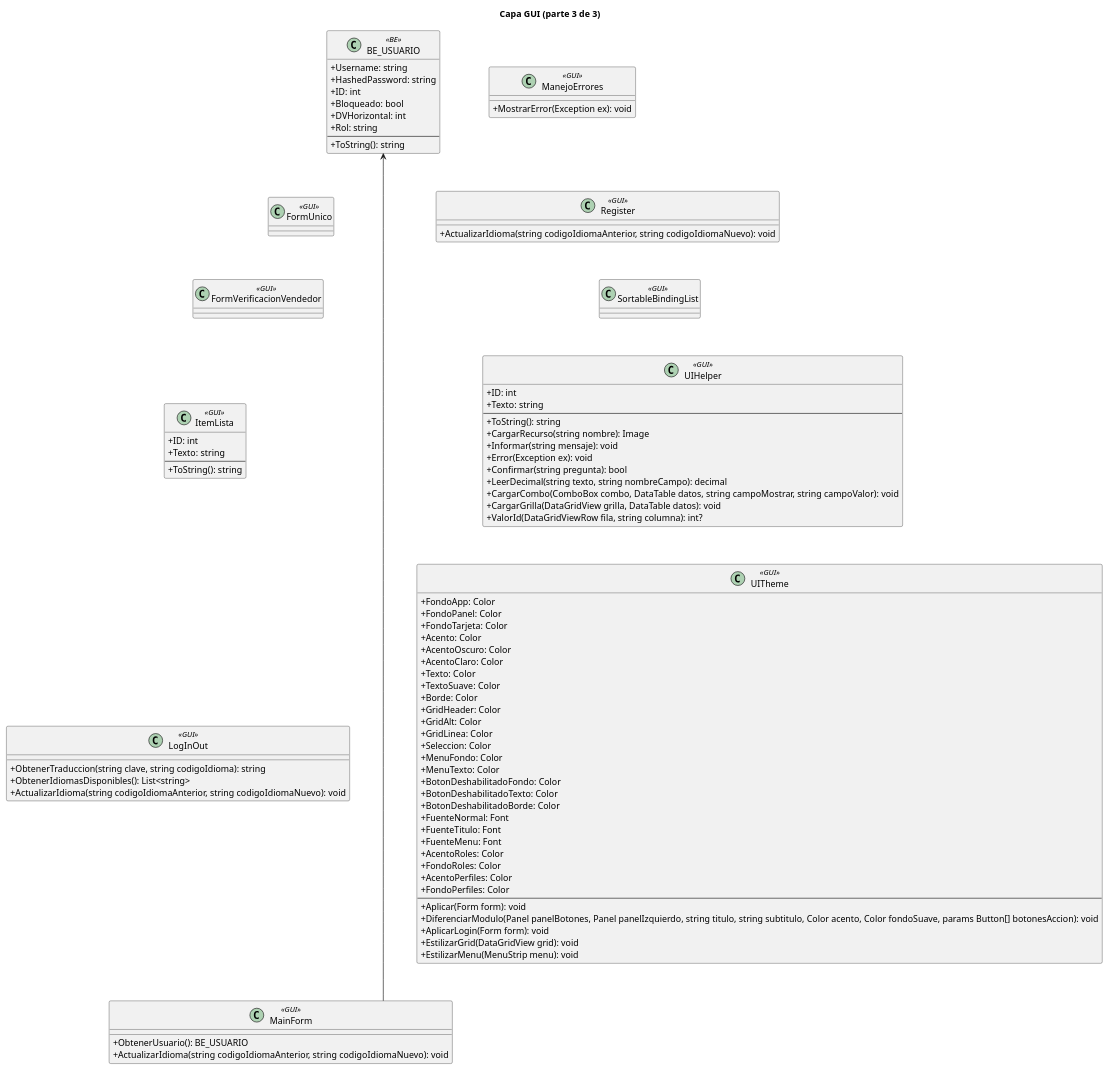
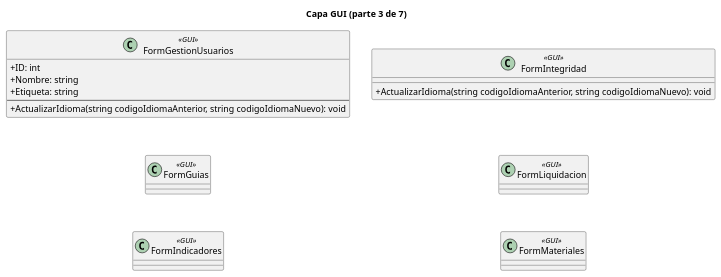
Before and after one commit to L-Muniz/uai-diploma_2026: the diagram in docs/diagramas/uml/capas__GUI_clases_3.puml, drawn with PlantUML. The commit also changed 50 other files, not shown here.

Commit message:
Docs: diagramas de clases por capa en partes de 6 clases, para que se lean en la hoja

```diff
--- a/docs/diagramas/uml/capas__GUI_clases_3.puml
+++ b/docs/diagramas/uml/capas__GUI_clases_3.puml
@@ -1,100 +1,28 @@
 @startuml
 skinparam classAttributeIconSize 0
 skinparam linetype ortho
-title Capa GUI (parte 3 de 3)
-class "BE_USUARIO" as BE_USUARIO <<BE>> {
-  +Username: string
-  +HashedPassword: string
+title Capa GUI (parte 3 de 7)
+class "FormGestionUsuarios" as FormGestionUsuarios <<GUI>> {
   +ID: int
-  +Bloqueado: bool
-  +DVHorizontal: int
-  +Rol: string
+  +Nombre: string
+  +Etiqueta: string
   --
-  +ToString(): string
-}
-class "FormUnico" as FormUnico <<GUI>> {
-}
-class "FormVerificacionVendedor" as FormVerificacionVendedor <<GUI>> {
-}
-class "ItemLista" as ItemLista <<GUI>> {
-  +ID: int
-  +Texto: string
-  --
-  +ToString(): string
-}
-class "LogInOut" as LogInOut <<GUI>> {
-  +ObtenerTraduccion(string clave, string codigoIdioma): string
-  +ObtenerIdiomasDisponibles(): List<string>
   +ActualizarIdioma(string codigoIdiomaAnterior, string codigoIdiomaNuevo): void
 }
-class "MainForm" as MainForm <<GUI>> {
-  +ObtenerUsuario(): BE_USUARIO
+class "FormGuias" as FormGuias <<GUI>> {
+}
+class "FormIndicadores" as FormIndicadores <<GUI>> {
+}
+class "FormIntegridad" as FormIntegridad <<GUI>> {
   +ActualizarIdioma(string codigoIdiomaAnterior, string codigoIdiomaNuevo): void
 }
-class "ManejoErrores" as ManejoErrores <<GUI>> {
-  +MostrarError(Exception ex): void
+class "FormLiquidacion" as FormLiquidacion <<GUI>> {
 }
-class "Register" as Register <<GUI>> {
-  +ActualizarIdioma(string codigoIdiomaAnterior, string codigoIdiomaNuevo): void
+class "FormMateriales" as FormMateriales <<GUI>> {
 }
-class "SortableBindingList" as SortableBindingList <<GUI>> {
-}
-class "UIHelper" as UIHelper <<GUI>> {
-  +ID: int
-  +Texto: string
-  --
-  +ToString(): string
-  +CargarRecurso(string nombre): Image
-  +Informar(string mensaje): void
-  +Error(Exception ex): void
-  +Confirmar(string pregunta): bool
-  +LeerDecimal(string texto, string nombreCampo): decimal
-  +CargarCombo(ComboBox combo, DataTable datos, string campoMostrar, string campoValor): void
-  +CargarGrilla(DataGridView grilla, DataTable datos): void
-  +ValorId(DataGridViewRow fila, string columna): int?
-}
-class "UITheme" as UITheme <<GUI>> {
-  +FondoApp: Color
-  +FondoPanel: Color
-  +FondoTarjeta: Color
-  +Acento: Color
-  +AcentoOscuro: Color
-  +AcentoClaro: Color
-  +Texto: Color
-  +TextoSuave: Color
-  +Borde: Color
-  +GridHeader: Color
-  +GridAlt: Color
-  +GridLinea: Color
-  +Seleccion: Color
-  +MenuFondo: Color
-  +MenuTexto: Color
-  +BotonDeshabilitadoFondo: Color
-  +BotonDeshabilitadoTexto: Color
-  +BotonDeshabilitadoBorde: Color
-  +FuenteNormal: Font
-  +FuenteTitulo: Font
-  +FuenteMenu: Font
-  +AcentoRoles: Color
-  +FondoRoles: Color
-  +AcentoPerfiles: Color
-  +FondoPerfiles: Color
-  --
-  +Aplicar(Form form): void
-  +DiferenciarModulo(Panel panelBotones, Panel panelIzquierdo, string titulo, string subtitulo, Color acento, Color fondoSuave, params Button[] botonesAccion): void
-  +AplicarLogin(Form form): void
-  +EstilizarGrid(DataGridView grid): void
-  +EstilizarMenu(MenuStrip menu): void
-}
-BE_USUARIO -[hidden]down- FormUnico
-FormUnico -[hidden]down- FormVerificacionVendedor
-FormVerificacionVendedor -[hidden]down- ItemLista
-ItemLista -[hidden]down- LogInOut
-LogInOut -[hidden]down- MainForm
-ManejoErrores -[hidden]down- Register
-Register -[hidden]down- SortableBindingList
-SortableBindingList -[hidden]down- UIHelper
-UIHelper -[hidden]down- UITheme
-BE_USUARIO -[hidden]right- ManejoErrores
-MainForm --> BE_USUARIO
+FormGestionUsuarios -[hidden]down- FormGuias
+FormGuias -[hidden]down- FormIndicadores
+FormIntegridad -[hidden]down- FormLiquidacion
+FormLiquidacion -[hidden]down- FormMateriales
+FormGestionUsuarios -[hidden]right- FormIntegridad
 @enduml
```
